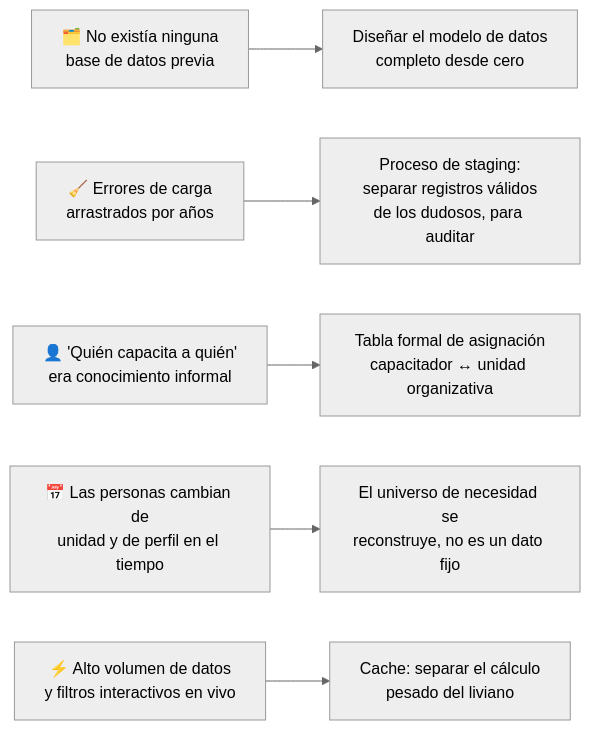
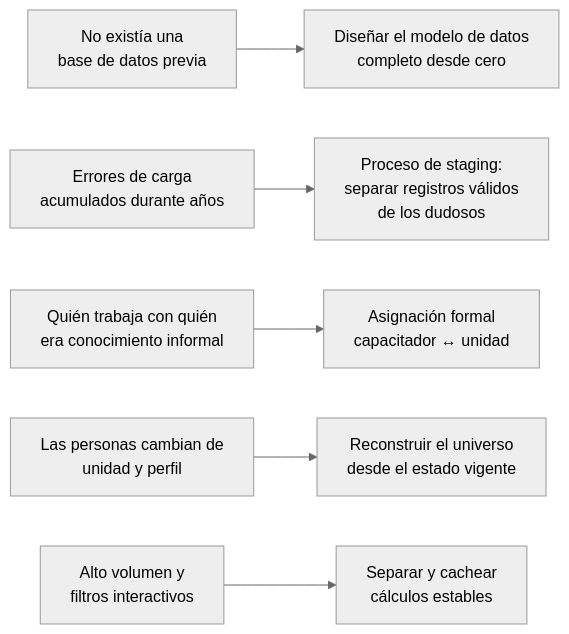
Before and after one commit to jminolli-e/case-studies: the third of 5 diagrams in charla-5-min/README.md, drawn with Mermaid (neutral theme). The commit also changed other lines of this file, not shown here.

````diff
--- a/charla-5-min/README.md
+++ b/charla-5-min/README.md
@@ -152,8 +152,8 @@
 ```mermaid
 flowchart LR
-    D1["🗂️ No existía ninguna<br/>base de datos previa"] --> S1["Diseñar el modelo de datos<br/>completo desde cero"]
-    D2["🧹 Errores de carga<br/>arrastrados por años"] --> S2["Proceso de staging:<br/>separar registros válidos<br/>de los dudosos, para auditar"]
-    D3["👤 'Quién capacita a quién'<br/>era conocimiento informal"] --> S3["Tabla formal de asignación<br/>capacitador ↔ unidad organizativa"]
-    D4["📅 Las personas cambian de<br/>unidad y de perfil en el tiempo"] --> S4["El universo de necesidad se<br/>reconstruye, no es un dato fijo"]
-    D5["⚡ Alto volumen de datos<br/>y filtros interactivos en vivo"] --> S5["Cache: separar el cálculo<br/>pesado del liviano"]
+    D1["No existía una<br/>base de datos previa"] --> S1["Diseñar el modelo de datos<br/>completo desde cero"]
+    D2["Errores de carga<br/>acumulados durante años"] --> S2["Proceso de staging:<br/>separar registros válidos<br/>de los dudosos"]
+    D3["Quién trabaja con quién<br/>era conocimiento informal"] --> S3["Asignación formal<br/>capacitador ↔ unidad"]
+    D4["Las personas cambian de<br/>unidad y perfil"] --> S4["Reconstruir el universo<br/>desde el estado vigente"]
+    D5["Alto volumen y<br/>filtros interactivos"] --> S5["Separar y cachear<br/>cálculos estables"]
 ```
````
